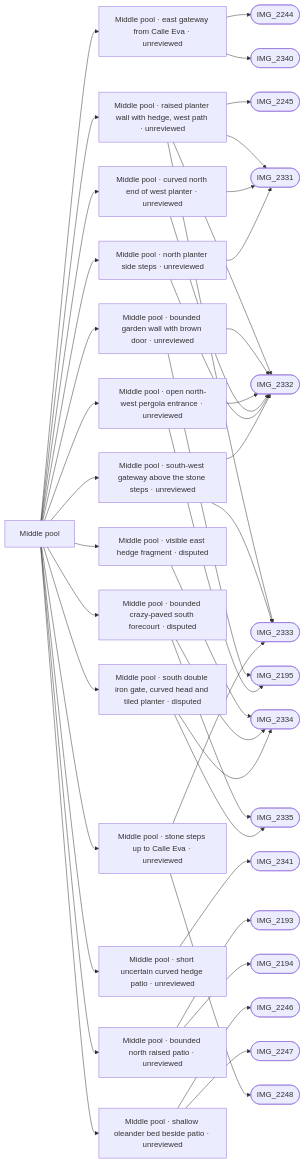
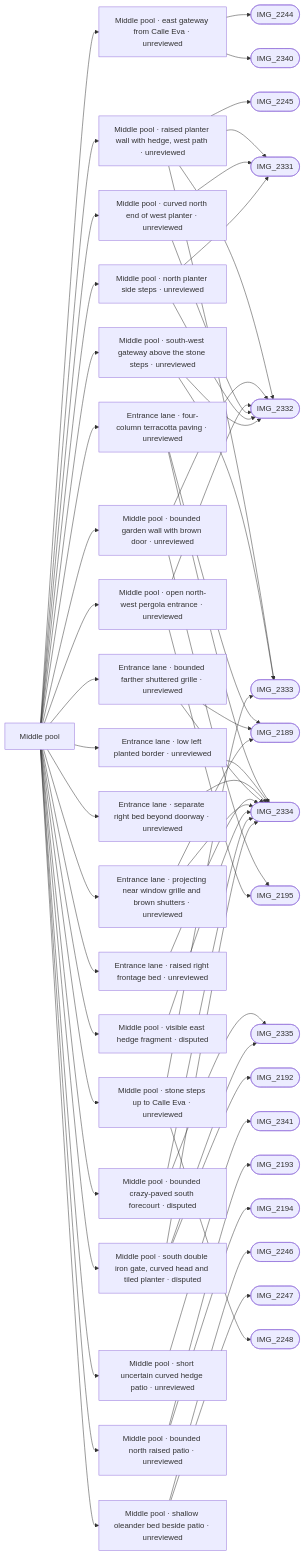
Before and after one commit to daveyboyc/villacana-venture: the diagram in refs/areas/middle-pool.md, drawn with Mermaid. The commit also changed other lines of this file and 56 other files, not shown here.

Commit message:
Build photo-supported entrance lane and bench details; record satellite spacing review

````diff
--- a/refs/areas/middle-pool.md
+++ b/refs/areas/middle-pool.md
@@ -60,46 +62,62 @@
 ```mermaid
 graph LR
   A["Middle pool"]
   A --> F0["Middle pool · east gateway from Calle Eva · unreviewed"]
   F0 --> PIMG_2244_jpg(["IMG_2244"])
   F0 --> PIMG_2340_jpg(["IMG_2340"])
   A --> F1["Middle pool · raised planter wall with hedge, west path · unreviewed"]
   F1 --> PIMG_2245_jpg(["IMG_2245"])
   F1 --> PIMG_2331_jpg(["IMG_2331"])
   F1 --> PIMG_2332_jpg(["IMG_2332"])
   F1 --> PIMG_2333_jpg(["IMG_2333"])
-  A --> F2["Middle pool · bounded garden wall with brown door · unreviewed"]
-  F2 --> PIMG_2195_jpg(["IMG_2195"])
-  F2 --> PIMG_2332_jpg(["IMG_2332"])
-  A --> F3["Middle pool · open north-west pergola entrance · unreviewed"]
-  F3 --> PIMG_2195_jpg(["IMG_2195"])
-  F3 --> PIMG_2332_jpg(["IMG_2332"])
-  A --> F4["Middle pool · curved north end of west planter · unreviewed"]
-  F4 --> PIMG_2331_jpg(["IMG_2331"])
-  F4 --> PIMG_2332_jpg(["IMG_2332"])
-  A --> F5["Middle pool · north planter side steps · unreviewed"]
-  F5 --> PIMG_2331_jpg(["IMG_2331"])
-  F5 --> PIMG_2332_jpg(["IMG_2332"])
-  A --> F6["Middle pool · visible east hedge fragment · disputed"]
+  A --> F2["Entrance lane · four-column terracotta paving · unreviewed"]
+  F2 --> PIMG_2189_jpg(["IMG_2189"])
+  F2 --> PIMG_2334_jpg(["IMG_2334"])
+  A --> F3["Entrance lane · low left planted border · unreviewed"]
+  F3 --> PIMG_2334_jpg(["IMG_2334"])
+  A --> F4["Entrance lane · separate right bed beyond doorway · unreviewed"]
+  F4 --> PIMG_2334_jpg(["IMG_2334"])
+  A --> F5["Entrance lane · bounded farther shuttered grille · unreviewed"]
+  F5 --> PIMG_2189_jpg(["IMG_2189"])
+  F5 --> PIMG_2334_jpg(["IMG_2334"])
+  A --> F6["Entrance lane · raised right frontage bed · unreviewed"]
   F6 --> PIMG_2334_jpg(["IMG_2334"])
-  A --> F7["Middle pool · bounded crazy-paved south forecourt · disputed"]
+  A --> F7["Entrance lane · projecting near window grille and brown shutters · unreviewed"]
+  F7 --> PIMG_2189_jpg(["IMG_2189"])
   F7 --> PIMG_2334_jpg(["IMG_2334"])
-  F7 --> PIMG_2335_jpg(["IMG_2335"])
-  A --> F8["Middle pool · south double iron gate, curved head and tiled planter · disputed"]
-  F8 --> PIMG_2334_jpg(["IMG_2334"])
-  F8 --> PIMG_2335_jpg(["IMG_2335"])
-  A --> F9["Middle pool · south-west gateway above the stone steps · unreviewed"]
+  A --> F8["Middle pool · bounded garden wall with brown door · unreviewed"]
+  F8 --> PIMG_2195_jpg(["IMG_2195"])
+  F8 --> PIMG_2332_jpg(["IMG_2332"])
+  A --> F9["Middle pool · open north-west pergola entrance · unreviewed"]
+  F9 --> PIMG_2195_jpg(["IMG_2195"])
   F9 --> PIMG_2332_jpg(["IMG_2332"])
-  F9 --> PIMG_2333_jpg(["IMG_2333"])
-  A --> F10["Middle pool · short uncertain curved hedge patio · unreviewed"]
-  F10 --> PIMG_2341_jpg(["IMG_2341"])
-  A --> F11["Middle pool · bounded north raised patio · unreviewed"]
-  F11 --> PIMG_2193_jpg(["IMG_2193"])
-  F11 --> PIMG_2194_jpg(["IMG_2194"])
-  A --> F12["Middle pool · shallow oleander bed beside patio · unreviewed"]
-  F12 --> PIMG_2246_jpg(["IMG_2246"])
-  F12 --> PIMG_2247_jpg(["IMG_2247"])
-  A --> F13["Middle pool · stone steps up to Calle Eva · unreviewed"]
-  F13 --> PIMG_2248_jpg(["IMG_2248"])
-  F13 --> PIMG_2333_jpg(["IMG_2333"])
+  A --> F10["Middle pool · curved north end of west planter · unreviewed"]
+  F10 --> PIMG_2331_jpg(["IMG_2331"])
+  F10 --> PIMG_2332_jpg(["IMG_2332"])
+  A --> F11["Middle pool · north planter side steps · unreviewed"]
+  F11 --> PIMG_2331_jpg(["IMG_2331"])
+  F11 --> PIMG_2332_jpg(["IMG_2332"])
+  A --> F12["Middle pool · visible east hedge fragment · disputed"]
+  F12 --> PIMG_2334_jpg(["IMG_2334"])
+  A --> F13["Middle pool · bounded crazy-paved south forecourt · disputed"]
+  F13 --> PIMG_2334_jpg(["IMG_2334"])
+  F13 --> PIMG_2335_jpg(["IMG_2335"])
+  A --> F14["Middle pool · south double iron gate, curved head and tiled planter · disputed"]
+  F14 --> PIMG_2192_jpg(["IMG_2192"])
+  F14 --> PIMG_2334_jpg(["IMG_2334"])
+  F14 --> PIMG_2335_jpg(["IMG_2335"])
+  A --> F15["Middle pool · south-west gateway above the stone steps · unreviewed"]
+  F15 --> PIMG_2332_jpg(["IMG_2332"])
+  F15 --> PIMG_2333_jpg(["IMG_2333"])
+  A --> F16["Middle pool · short uncertain curved hedge patio · unreviewed"]
+  F16 --> PIMG_2341_jpg(["IMG_2341"])
+  A --> F17["Middle pool · bounded north raised patio · unreviewed"]
+  F17 --> PIMG_2193_jpg(["IMG_2193"])
+  F17 --> PIMG_2194_jpg(["IMG_2194"])
+  A --> F18["Middle pool · shallow oleander bed beside patio · unreviewed"]
+  F18 --> PIMG_2246_jpg(["IMG_2246"])
+  F18 --> PIMG_2247_jpg(["IMG_2247"])
+  A --> F19["Middle pool · stone steps up to Calle Eva · unreviewed"]
+  F19 --> PIMG_2248_jpg(["IMG_2248"])
+  F19 --> PIMG_2333_jpg(["IMG_2333"])
 ```
````
